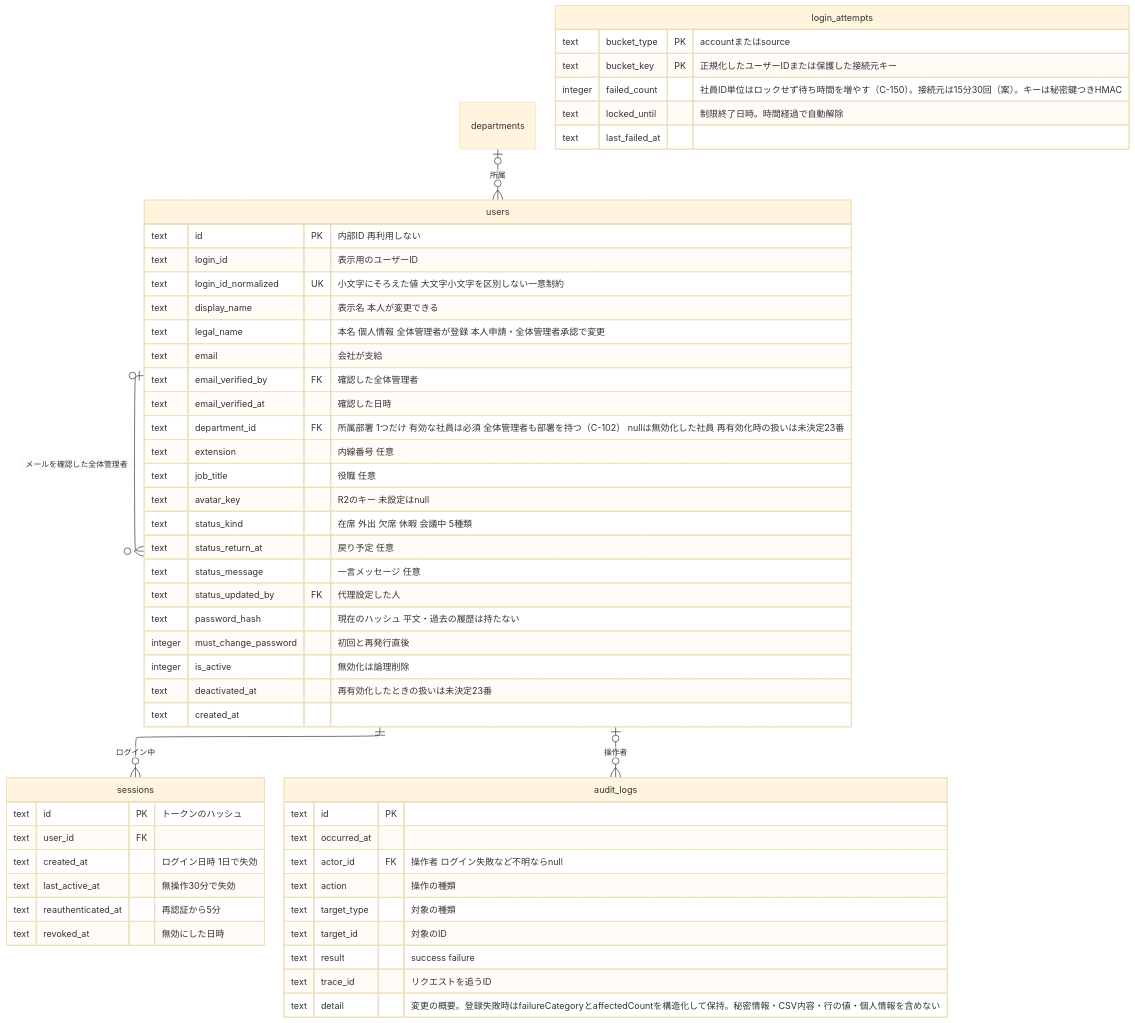
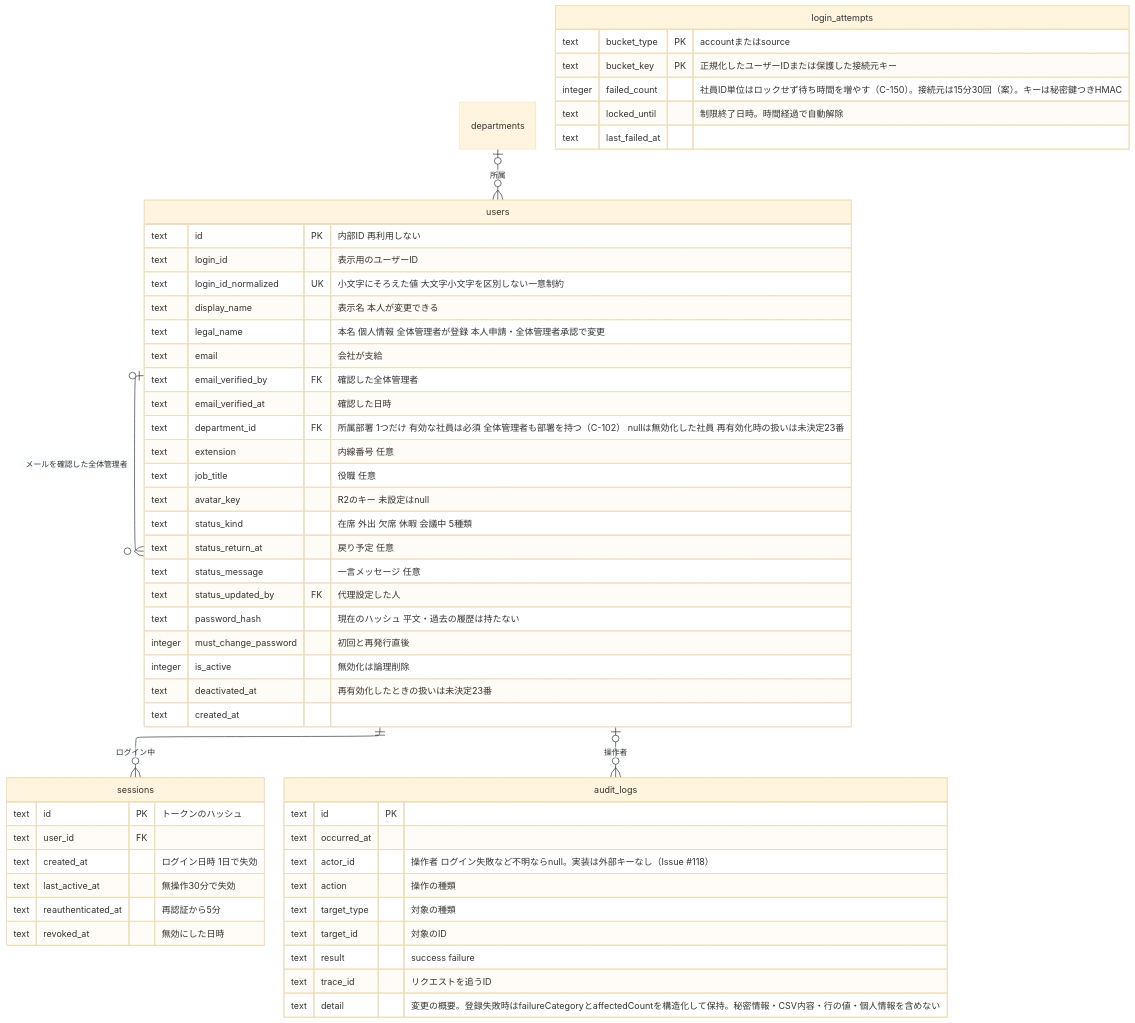
Before and after one commit to yamamotonaoki3/internal-system: the fifth of 8 diagrams in docs/requirements/data-model.md, drawn with Mermaid (base theme). The commit also changed 25 other files, not shown here.

````diff
--- a/docs/requirements/data-model.md
+++ b/docs/requirements/data-model.md
@@ -169,61 +169,61 @@
 ```mermaid
 ---
 config:
   layout: elk
 ---
 erDiagram
     departments |o--o{ users : "所属"
     users ||--o{ sessions : "ログイン中"
     users |o--o{ audit_logs : "操作者"
     users |o--o{ users : "メールを確認した全体管理者"
 
     users {
         text id PK "内部ID 再利用しない"
         text login_id "表示用のユーザーID"
         text login_id_normalized UK "小文字にそろえた値 大文字小文字を区別しない一意制約"
         text display_name "表示名 本人が変更できる"
         text legal_name "本名 個人情報 全体管理者が登録 本人申請・全体管理者承認で変更"
         text email "会社が支給"
         text email_verified_by FK "確認した全体管理者"
         text email_verified_at "確認した日時"
         text department_id FK "所属部署 1つだけ 有効な社員は必須 全体管理者も部署を持つ（C-102） nullは無効化した社員 再有効化時の扱いは未決定23番"
         text extension "内線番号 任意"
         text job_title "役職 任意"
         text avatar_key "R2のキー 未設定はnull"
         text status_kind "在席 外出 欠席 休暇 会議中 5種類"
         text status_return_at "戻り予定 任意"
         text status_message "一言メッセージ 任意"
         text status_updated_by FK "代理設定した人"
         text password_hash "現在のハッシュ 平文・過去の履歴は持たない"
         integer must_change_password "初回と再発行直後"
         integer is_active "無効化は論理削除"
         text deactivated_at "再有効化したときの扱いは未決定23番"
         text created_at
     }
     sessions {
         text id PK "トークンのハッシュ"
         text user_id FK
         text created_at "ログイン日時 1日で失効"
         text last_active_at "無操作30分で失効"
         text reauthenticated_at "再認証から5分"
         text revoked_at "無効にした日時"
     }
     login_attempts {
         text bucket_type PK "accountまたはsource"
         text bucket_key PK "正規化したユーザーIDまたは保護した接続元キー"
         integer failed_count "社員ID単位はロックせず待ち時間を増やす（C-150）。接続元は15分30回（案）。キーは秘密鍵つきHMAC"
         text locked_until "制限終了日時。時間経過で自動解除"
         text last_failed_at
     }
     audit_logs {
         text id PK
         text occurred_at
-        text actor_id FK "操作者 ログイン失敗など不明ならnull"
+        text actor_id "操作者 ログイン失敗など不明ならnull。実装は外部キーなし（Issue #118）"
         text action "操作の種類"
         text target_type "対象の種類"
         text target_id "対象のID"
         text result "success failure"
         text trace_id "リクエストを追うID"
         text detail "変更の概要。登録失敗時はfailureCategoryとaffectedCountを構造化して保持。秘密情報・CSV内容・行の値・個人情報を含めない"
     }
 ```
````
